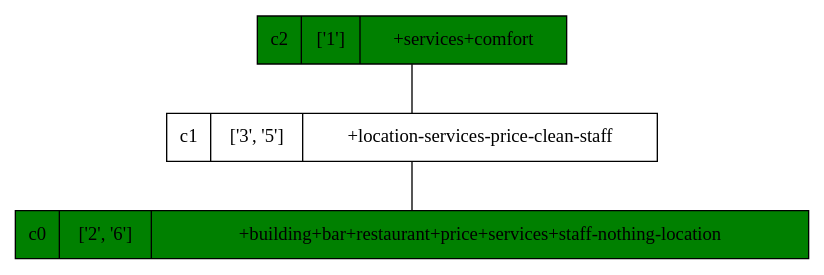
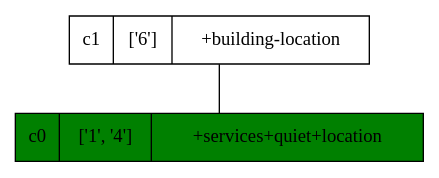
One commit to nicorotstein/juan_alberto changed the diagram in eg1/final_graph.dot. Above: the diagram before and after it, drawn with Graphviz. The commit also changed 29 other files, not shown here.

```diff
--- a/eg1/final_graph.dot
+++ b/eg1/final_graph.dot
@@ -1,7 +1,5 @@
 strict digraph G {
-c2 [shape=record, label="c2 | ['1'] | +services+comfort", style=filled, fillcolor=green];
-c1 [shape=record, label="c1 | ['3', '5'] | +location-services-price-clean-staff"];
-c0 [shape=record, label="c0 | ['2', '6'] | +building+bar+restaurant+price+services+staff-nothing-location", style=filled, fillcolor=green];
-c2 -> c1  [dir=none];
+c1 [shape=record, label="c1 | ['6'] | +building-location"];
+c0 [shape=record, label="c0 | ['1', '4'] | +services+quiet+location", style=filled, fillcolor=green];
 c1 -> c0  [dir=none];
 }
```
